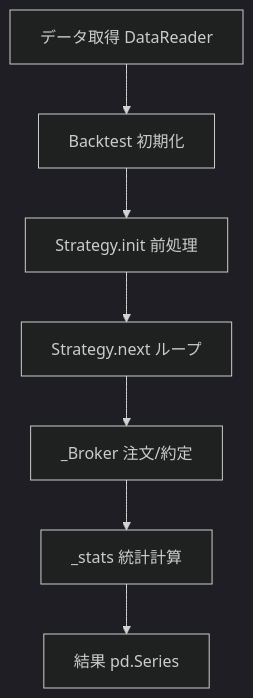
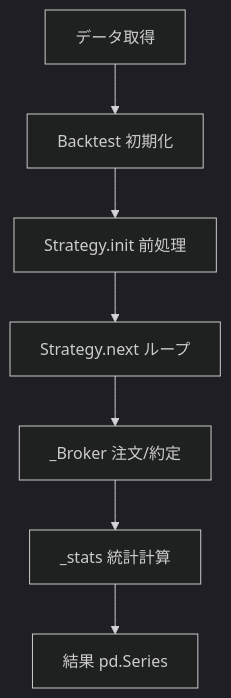
The diagram in docs/index.md (BackcastPro/BackcastPro), drawn with Mermaid (dark theme) before and after one commit. The commit also changed other lines of this file and 11 other files, not shown here.

````diff
--- a/docs/index.md
+++ b/docs/index.md
@@ -56,9 +54,9 @@
 ```mermaid
 flowchart TD
-    A[データ取得 DataReader] --> B[Backtest 初期化]
+    A[データ取得] --> B[Backtest 初期化]
     B --> C[Strategy.init 前処理]
     C --> D[Strategy.next ループ]
     D --> E[_Broker 注文/約定]
     E --> F[_stats 統計計算]
     F --> G[結果 pd.Series]
 ```
````
